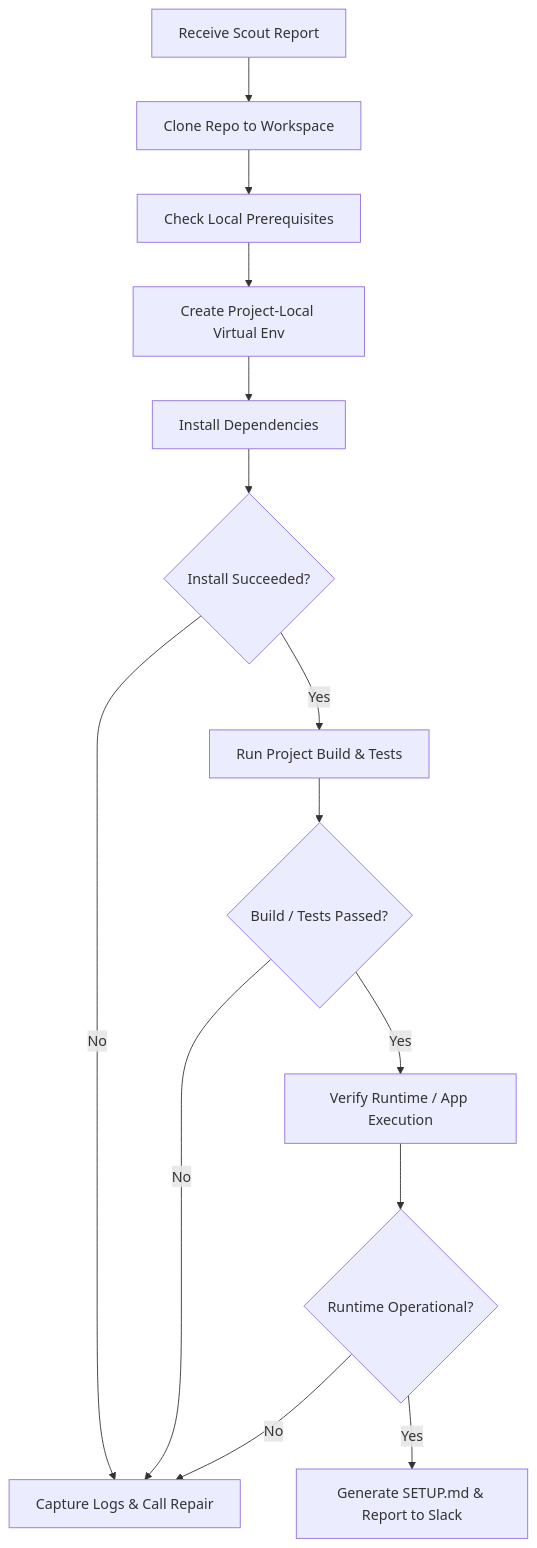
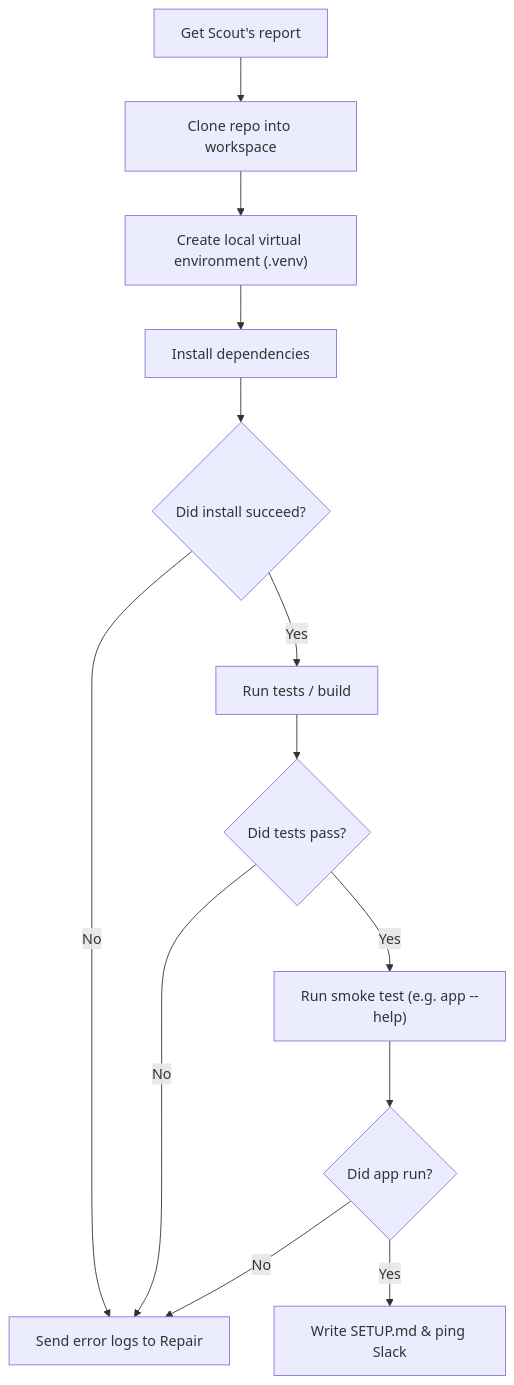
The diagram in agents/setup.md (ravindhar1108/switch-setup-desk), drawn with Mermaid before and after one commit. The commit also changed other lines of this file and 21 other files, not shown here.

````diff
--- a/agents/setup.md
+++ b/agents/setup.md
@@ -28,16 +25,18 @@
 ```mermaid
 flowchart TD
-    A["Receive Scout Report"] --> B["Clone Repo to Workspace"]
-    B --> C["Check Local Prerequisites"]
-    C --> D["Create Project-Local Virtual Env"]
-    D --> E["Install Dependencies"]
-    E --> F{"Install Succeeded?"}
-    F -- No --> G["Capture Logs & Call Repair"]
-    F -- Yes --> H["Run Project Build & Tests"]
-    H --> I{"Build / Tests Passed?"}
-    I -- No --> G
-    I -- Yes --> J["Verify Runtime / App Execution"]
-    J --> K{"Runtime Operational?"}
-    K -- No --> G
-    K -- Yes --> L["Generate SETUP.md & Report to Slack"]
+    A["Get Scout's report"] --> B["Clone repo into workspace"]
+    B --> C["Create local virtual environment (.venv)"]
+    C --> D["Install dependencies"]
+    D --> E{"Did install succeed?"}
+    
+    E -- No --> F["Send error logs to Repair"]
+    E -- Yes --> G["Run tests / build"]
+    G --> H{"Did tests pass?"}
+    
+    H -- No --> F
+    H -- Yes --> I["Run smoke test (e.g. app --help)"]
+    I --> J{"Did app run?"}
+    
+    J -- No --> F
+    J -- Yes --> K["Write SETUP.md & ping Slack"]
 ```
````
